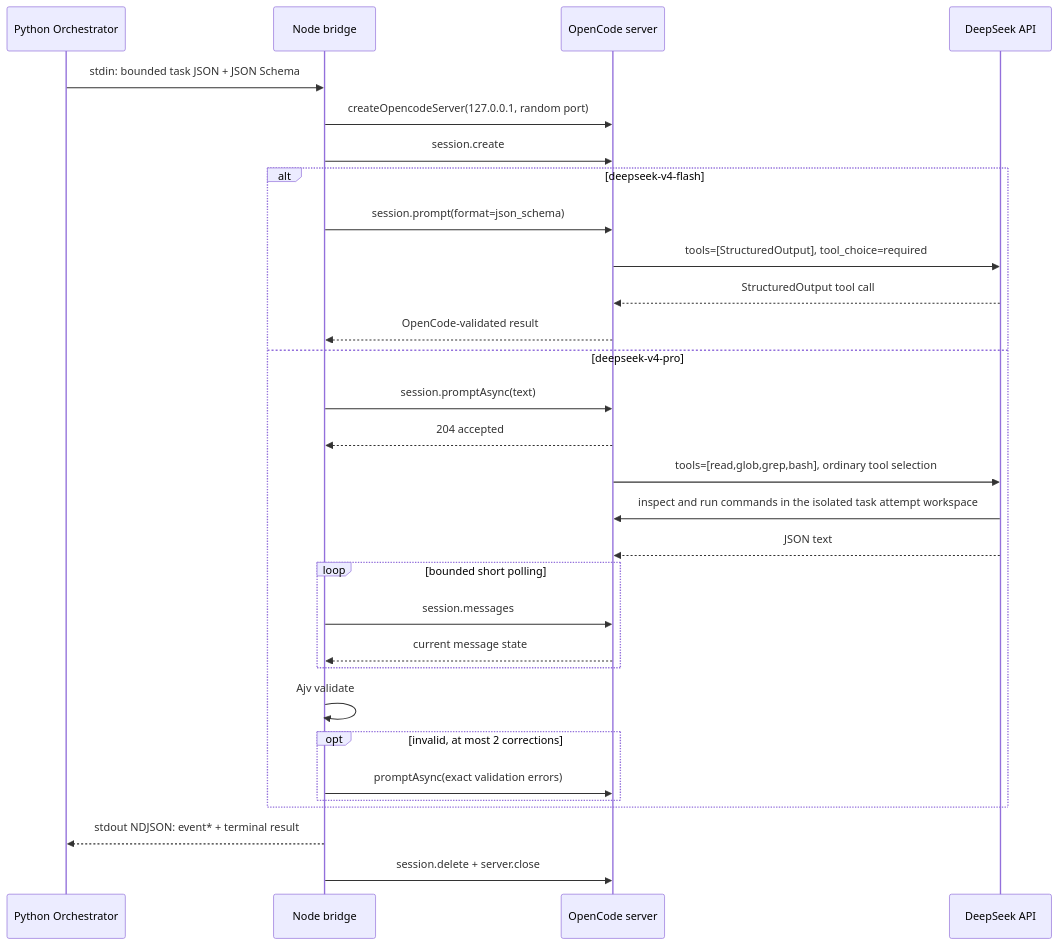
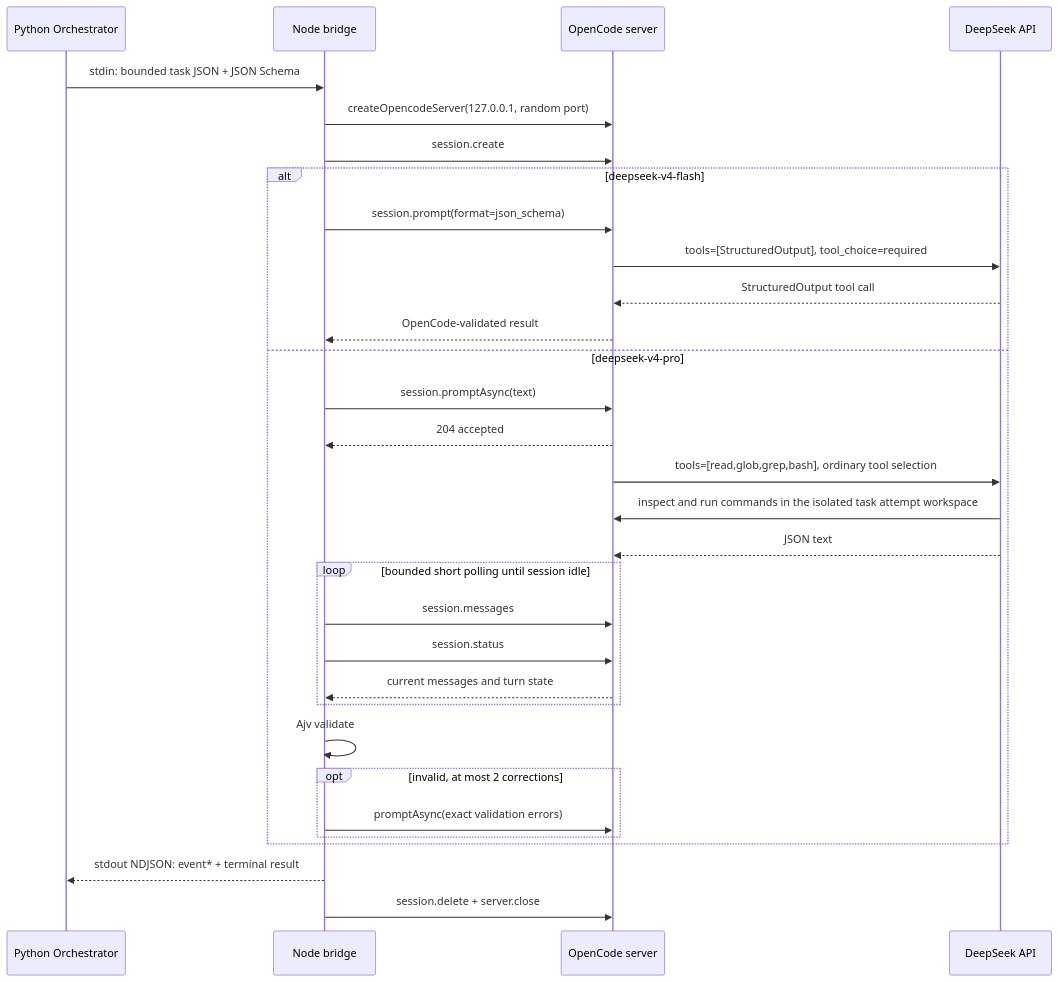
The diagram in docs/opencode-deepseek.zh-CN.md (Nijika0529/ApkScanner), drawn with Mermaid before and after one commit. The commit also changed other lines of this file and 7 other files, not shown here.

````diff
--- a/docs/opencode-deepseek.zh-CN.md
+++ b/docs/opencode-deepseek.zh-CN.md
@@ -52,33 +53,34 @@
 ```mermaid
 sequenceDiagram
     participant P as Python Orchestrator
     participant W as Node bridge
     participant O as OpenCode server
     participant D as DeepSeek API
 
     P->>W: stdin: bounded task JSON + JSON Schema
     W->>O: createOpencodeServer(127.0.0.1, random port)
     W->>O: session.create
     alt deepseek-v4-flash
         W->>O: session.prompt(format=json_schema)
         O->>D: tools=[StructuredOutput], tool_choice=required
         D-->>O: StructuredOutput tool call
         O-->>W: OpenCode-validated result
     else deepseek-v4-pro
         W->>O: session.promptAsync(text)
         O-->>W: 204 accepted
         O->>D: tools=[read,glob,grep,bash], ordinary tool selection
         D->>O: inspect and run commands in the isolated task attempt workspace
         D-->>O: JSON text
-        loop bounded short polling
+        loop bounded short polling until session idle
             W->>O: session.messages
-            O-->>W: current message state
+            W->>O: session.status
+            O-->>W: current messages and turn state
         end
         W->>W: Ajv validate
         opt invalid, at most 2 corrections
             W->>O: promptAsync(exact validation errors)
         end
     end
     W-->>P: stdout NDJSON: event* + terminal result
     W->>O: session.delete + server.close
 ```
````
